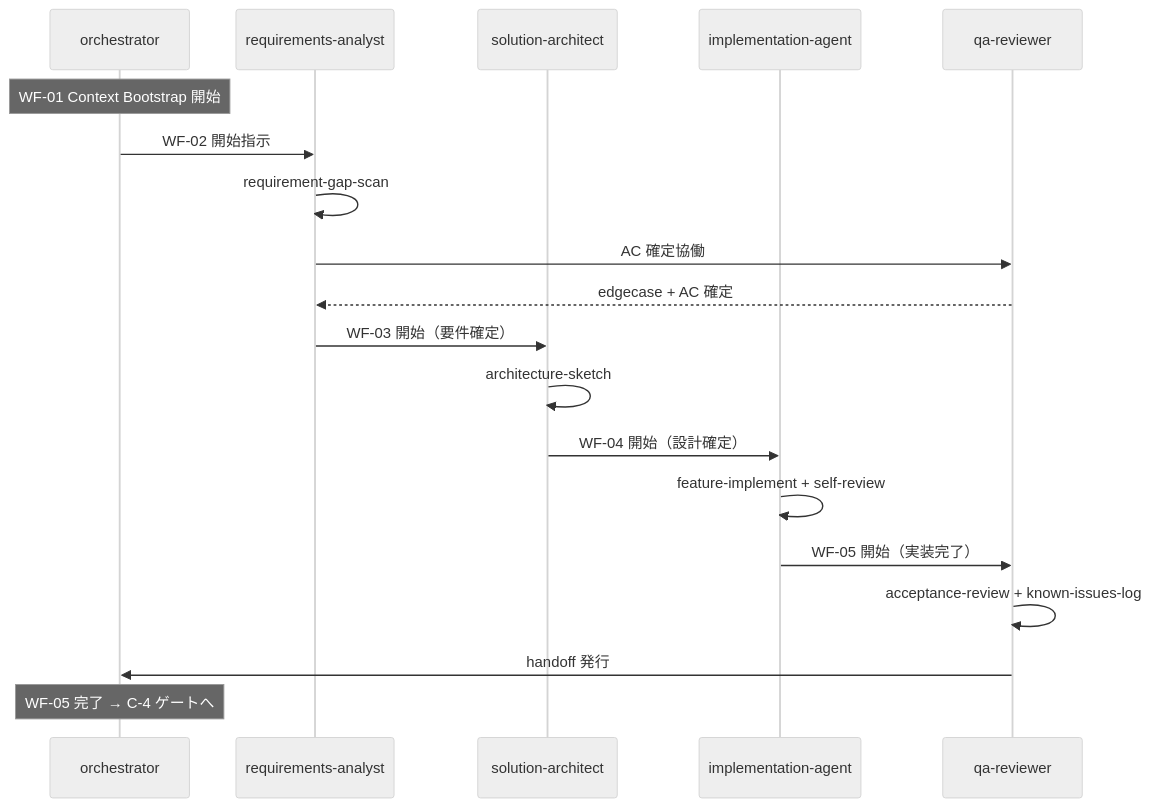
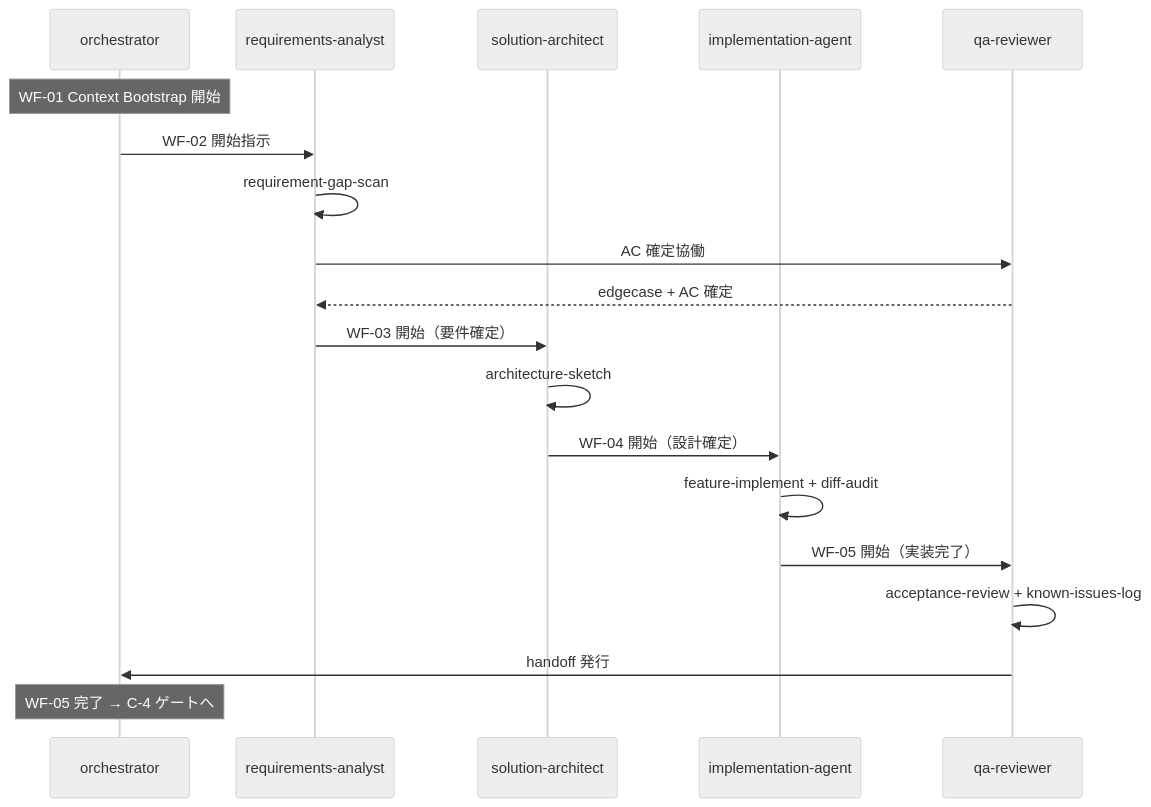
The first of 2 diagrams in docs/workflows/execution-sequence.md (s977043/PlanGate), drawn with Mermaid (neutral theme) before and after one commit. The commit also changed 46 other files, not shown here.

First line of the commit message:
feat: self-review スキルを diff-audit へ改名 + Iron Law 8/Phase 13 正本化 + #794 レーン整合

````diff
--- a/docs/workflows/execution-sequence.md
+++ b/docs/workflows/execution-sequence.md
@@ -19,22 +19,22 @@
 ```mermaid
 sequenceDiagram
     participant O as orchestrator
     participant R as requirements-analyst
     participant A as solution-architect
     participant I as implementation-agent
     participant Q as qa-reviewer
 
     Note over O: WF-01 Context Bootstrap 開始
     O->>R: WF-02 開始指示
     R->>R: requirement-gap-scan
     R->>Q: AC 確定協働
     Q-->>R: edgecase + AC 確定
     R->>A: WF-03 開始（要件確定）
     A->>A: architecture-sketch
     A->>I: WF-04 開始（設計確定）
-    I->>I: feature-implement + self-review
+    I->>I: feature-implement + diff-audit
     I->>Q: WF-05 開始（実装完了）
     Q->>Q: acceptance-review + known-issues-log
     Q->>O: handoff 発行
     Note over O: WF-05 完了 → C-4 ゲートへ
 ```
````
